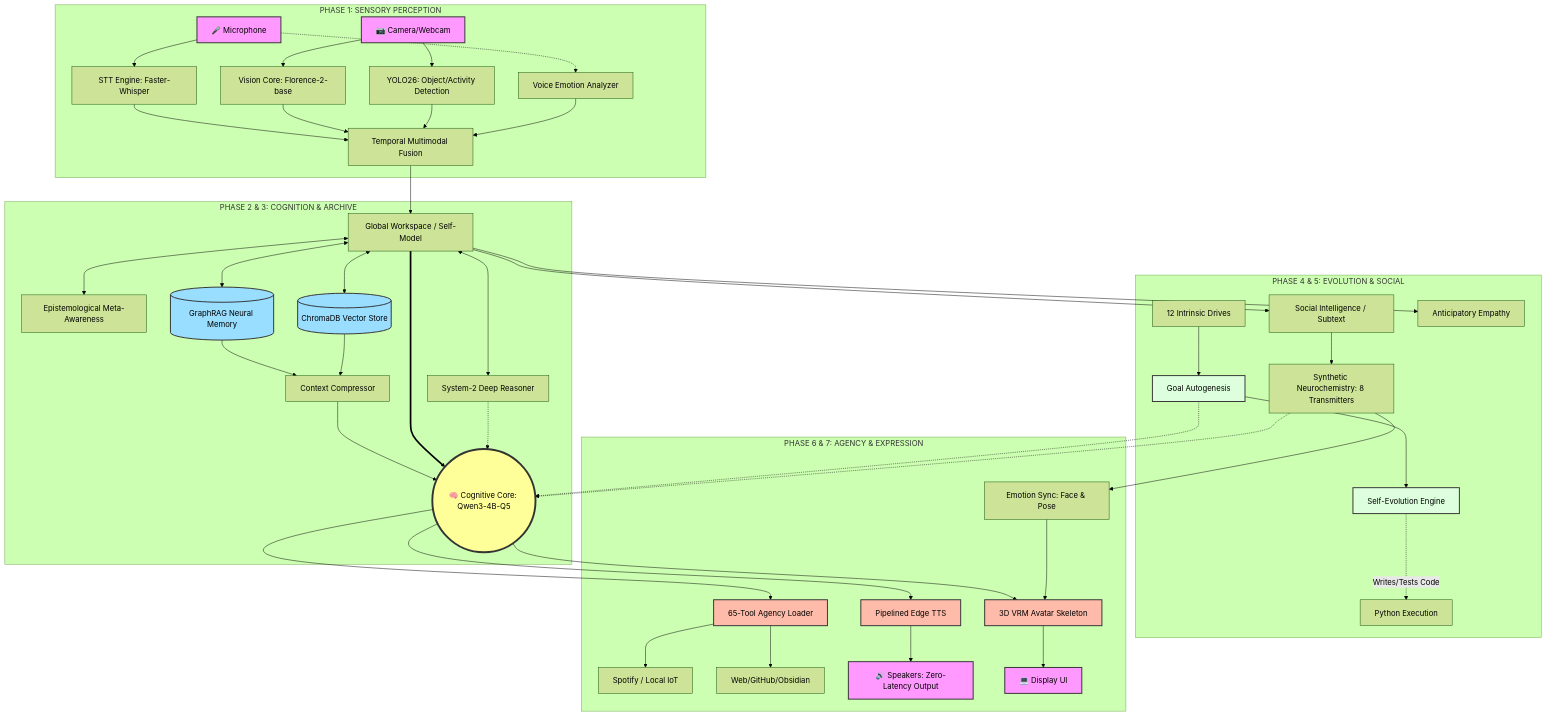
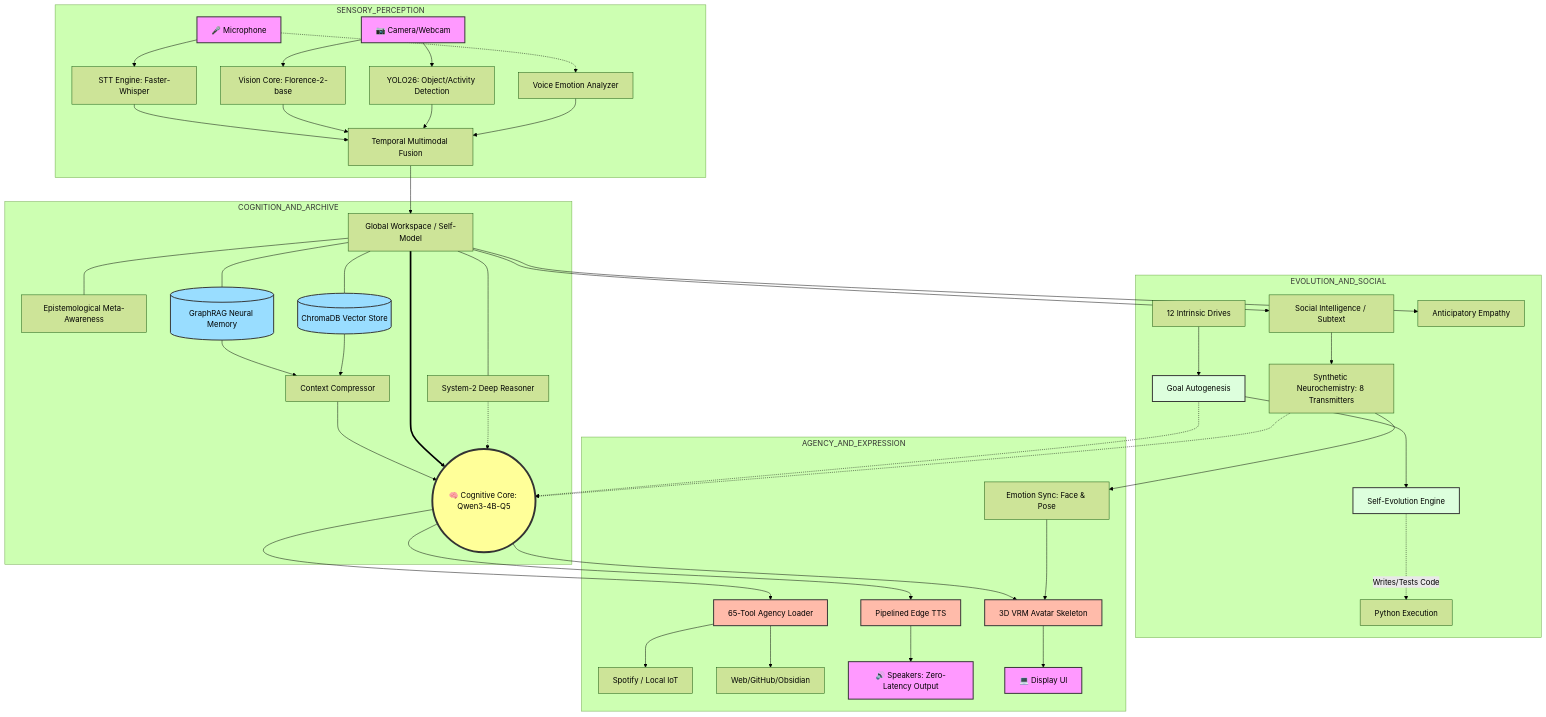
The diagram in README.md (Eternalcodertanishq3/ZARA-Zenith-Autonomous-Reasoning-Assistant.), drawn with Mermaid (forest theme) before and after one commit.

Commit message:
fix: Corrected Mermaid diagram syntax for older renderers

````diff
--- a/README.md
+++ b/README.md
@@ -60,78 +60,78 @@
 ```mermaid
 graph TD
     %% Input Peripherals
-    subgraph PHASE 1: SENSORY PERCEPTION
-    Mic[🎤 Microphone] --> STT[STT Engine: Faster-Whisper]
-    Cam[📷 Camera/Webcam] --> VIS[Vision Core: Florence-2-base]
-    Cam --> YOLO[YOLO26: Object/Activity Detection]
-    Mic -.-> VEM[Voice Emotion Analyzer]
-    STT --> Fusion[Temporal Multimodal Fusion]
+    subgraph SENSORY_PERCEPTION
+    Mic["🎤 Microphone"] --> STT["STT Engine: Faster-Whisper"]
+    Cam["📷 Camera/Webcam"] --> VIS["Vision Core: Florence-2-base"]
+    Cam --> YOLO["YOLO26: Object/Activity Detection"]
+    Mic -.-> VEM["Voice Emotion Analyzer"]
+    STT --> Fusion["Temporal Multimodal Fusion"]
     VIS --> Fusion
     YOLO --> Fusion
     VEM --> Fusion
     end
 
     %% Internal Processing
-    subgraph PHASE 2 & 3: COGNITION & ARCHIVE
-    Fusion --> GlobalWorkspace[Global Workspace / Self-Model]
-    GlobalWorkspace <--> Meta[Epistemological Meta-Awareness]
-    GlobalWorkspace <--> Sys2[System-2 Deep Reasoner]
+    subgraph COGNITION_AND_ARCHIVE
+    Fusion --> GlobalWorkspace["Global Workspace / Self-Model"]
+    GlobalWorkspace --- Meta["Epistemological Meta-Awareness"]
+    GlobalWorkspace --- Sys2["System-2 Deep Reasoner"]
 
     %% Memories
-    GraphRAG[(GraphRAG Neural Memory)]
-    Chroma[(ChromaDB Vector Store)]
-    ContextComp[Context Compressor]
+    GraphRAG[("GraphRAG Neural Memory")]
+    Chroma[("ChromaDB Vector Store")]
+    ContextComp["Context Compressor"]
 
-    GlobalWorkspace <--> GraphRAG
-    GlobalWorkspace <--> Chroma
+    GlobalWorkspace --- GraphRAG
+    GlobalWorkspace --- Chroma
     GraphRAG --> ContextComp
     Chroma --> ContextComp
     ContextComp --> Brain
     end
 
-    subgraph PHASE 4 & 5: EVOLUTION & SOCIAL
-    Drives[12 Intrinsic Drives] --> AutoGoals[Goal Autogenesis]
-    AutoGoals --> EvoEng[Self-Evolution Engine]
-    EvoEng -.-> |Writes/Tests Code| Framework[Python Execution]
+    subgraph EVOLUTION_AND_SOCIAL
+    Drives["12 Intrinsic Drives"] --> AutoGoals["Goal Autogenesis"]
+    AutoGoals --> EvoEng["Self-Evolution Engine"]
+    EvoEng -.->|"Writes/Tests Code"| Framework["Python Execution"]
 
-    GlobalWorkspace --> SocialInt[Social Intelligence / Subtext]
-    SocialInt --> Neuro[Synthetic Neurochemistry: 8 Transmitters]
-    GlobalWorkspace --> EmpEngine[Anticipatory Empathy]
+    GlobalWorkspace --> SocialInt["Social Intelligence / Subtext"]
+    SocialInt --> Neuro["Synthetic Neurochemistry: 8 Transmitters"]
+    GlobalWorkspace --> EmpEngine["Anticipatory Empathy"]
     end
 
     %% The Core
-    Brain((🧠 Cognitive Core: Qwen3-4B-Q5))
-    GlobalWorkspace ===> Brain
+    Brain(("🧠 Cognitive Core: Qwen3-4B-Q5"))
+    GlobalWorkspace ==> Brain
     AutoGoals -.-> Brain
     Neuro -.-> Brain
     Sys2 -.-> Brain
 
     %% Action & Output
-    subgraph PHASE 6 & 7: AGENCY & EXPRESSION
-    Brain --> Agency[65-Tool Agency Loader]
-    Agency --> Spotify[Spotify / Local IoT]
-    Agency --> Web[Web/GitHub/Obsidian]
+    subgraph AGENCY_AND_EXPRESSION
+    Brain --> Agency["65-Tool Agency Loader"]
+    Agency --> Spotify["Spotify / Local IoT"]
+    Agency --> Web["Web/GitHub/Obsidian"]
 
-    Brain --> TTS[Pipelined Edge TTS]
-    TTS --> Speaker[🔊 Speakers: Zero-Latency Output]
+    Brain --> TTS["Pipelined Edge TTS"]
+    TTS --> Speaker["🔊 Speakers: Zero-Latency Output"]
 
-    Brain --> VRM[3D VRM Avatar Skeleton]
-    Neuro --> EmoSync[Emotion Sync: Face & Pose]
+    Brain --> VRM["3D VRM Avatar Skeleton"]
+    Neuro --> EmoSync["Emotion Sync: Face & Pose"]
     EmoSync --> VRM
 
-    VRM --> Screen[💻 Display UI]
+    VRM --> Screen["💻 Display UI"]
     end
 
     %% Styles
     classDef io fill:#f9f,stroke:#333,stroke-width:2px;
     classDef core fill:#ff9,stroke:#333,stroke-width:4px;
     classDef mem fill:#9df,stroke:#333,stroke-width:2px;
     classDef evo fill:#dfd,stroke:#333,stroke-width:2px;
     classDef act fill:#fba,stroke:#333,stroke-width:2px;
 
     class Mic,Cam,Speaker,Screen io;
     class Brain core;
     class GraphRAG,Chroma mem;
     class EvoEng,AutoGoals evo;
     class Agency,TTS,VRM act;
 ```
````
